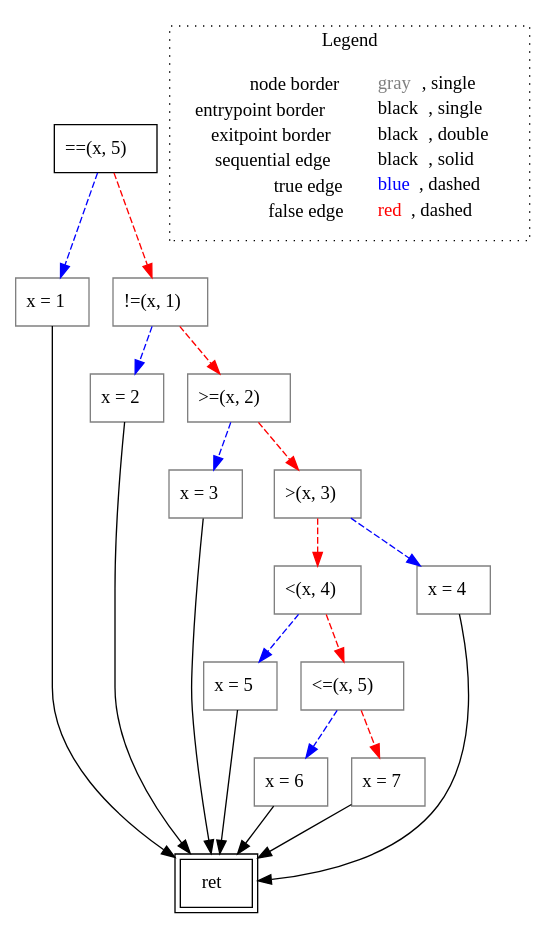
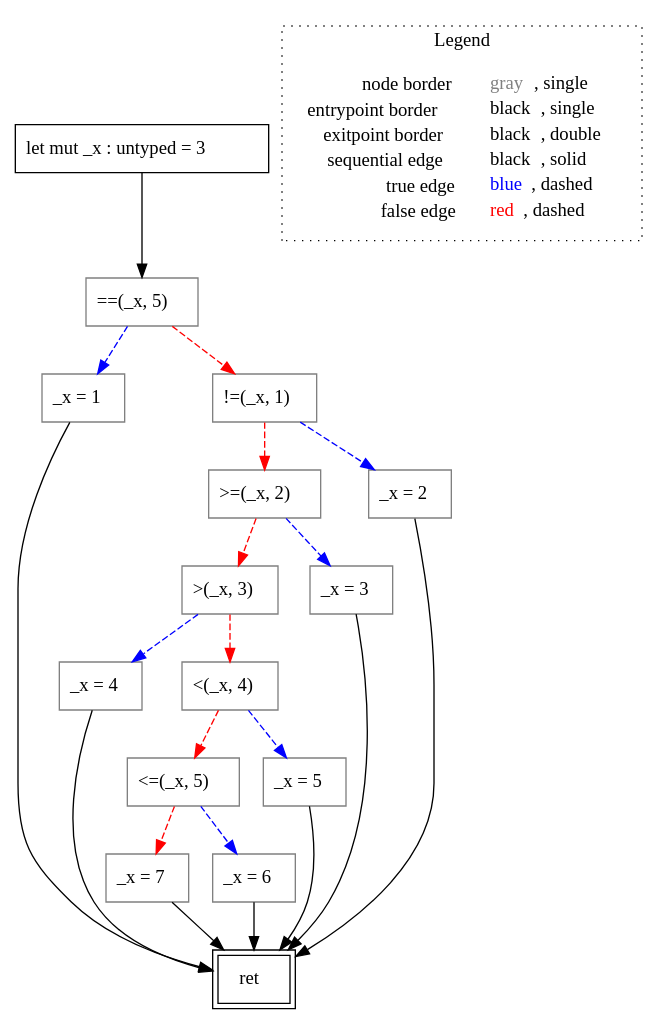
The diagram in rust-lisa/rust-testcases/cfg/multiple-if/()_rust-testcases_cfg_multiple-if_multiple-if.rs.main().dot (VincenzoArceri/rust-lisa), drawn with Graphviz before and after one commit. The commit also changed 26 other files, not shown here.

```diff
--- a/rust-lisa/rust-testcases/cfg/multiple-if/()_rust-testcases_cfg_multiple-if_multiple-if.rs.main().dot
+++ b/rust-lisa/rust-testcases/cfg/multiple-if/()_rust-testcases_cfg_multiple-if_multiple-if.rs.main().dot
@@ -1,42 +1,44 @@
 digraph {
-	"node0" [shape="rect",color="black",label=<==(x, 5)>];
-	"node1" [shape="rect",color="gray",label=<x = 2>];
-	"node2" [shape="rect",color="gray",label=<x = 5>];
-	"node3" [shape="rect",color="gray",label=<x = 3>];
-	"node4" [shape="rect",color="black",peripheries="2",label=<ret>];
-	"node5" [shape="rect",color="gray",label=<&gt;(x, 3)>];
-	"node6" [shape="rect",color="gray",label=<&lt;(x, 4)>];
-	"node7" [shape="rect",color="gray",label=<&lt;=(x, 5)>];
-	"node8" [shape="rect",color="gray",label=<x = 4>];
-	"node9" [shape="rect",color="gray",label=<x = 1>];
-	"node10" [shape="rect",color="gray",label=<&gt;=(x, 2)>];
-	"node11" [shape="rect",color="gray",label=<x = 6>];
-	"node12" [shape="rect",color="gray",label=<!=(x, 1)>];
-	"node13" [shape="rect",color="gray",label=<x = 7>];
-	"node1" -> "node4" [color="black"];
-	"node2" -> "node4" [color="black"];
-	"node0" -> "node9" [color="blue",style="dashed"];
-	"node0" -> "node12" [color="red",style="dashed"];
-	"node3" -> "node4" [color="black"];
-	"node5" -> "node8" [color="blue",style="dashed"];
-	"node5" -> "node6" [color="red",style="dashed"];
-	"node6" -> "node2" [color="blue",style="dashed"];
-	"node6" -> "node7" [color="red",style="dashed"];
-	"node7" -> "node11" [color="blue",style="dashed"];
-	"node7" -> "node13" [color="red",style="dashed"];
-	"node8" -> "node4" [color="black"];
-	"node9" -> "node4" [color="black"];
-	"node10" -> "node3" [color="blue",style="dashed"];
-	"node10" -> "node5" [color="red",style="dashed"];
-	"node11" -> "node4" [color="black"];
-	"node12" -> "node1" [color="blue",style="dashed"];
+	"node0" [shape="rect",color="black",label=<let mut _x : untyped = 3>];
+	"node1" [shape="rect",color="gray",label=<_x = 1>];
+	"node2" [shape="rect",color="gray",label=<&gt;=(_x, 2)>];
+	"node3" [shape="rect",color="gray",label=<_x = 4>];
+	"node4" [shape="rect",color="gray",label=<&gt;(_x, 3)>];
+	"node5" [shape="rect",color="black",peripheries="2",label=<ret>];
+	"node6" [shape="rect",color="gray",label=<_x = 2>];
+	"node7" [shape="rect",color="gray",label=<==(_x, 5)>];
+	"node8" [shape="rect",color="gray",label=<!=(_x, 1)>];
+	"node9" [shape="rect",color="gray",label=<_x = 3>];
+	"node10" [shape="rect",color="gray",label=<_x = 7>];
+	"node11" [shape="rect",color="gray",label=<_x = 6>];
+	"node12" [shape="rect",color="gray",label=<&lt;=(_x, 5)>];
+	"node13" [shape="rect",color="gray",label=<&lt;(_x, 4)>];
+	"node14" [shape="rect",color="gray",label=<_x = 5>];
+	"node1" -> "node5" [color="black"];
+	"node2" -> "node9" [color="blue",style="dashed"];
+	"node2" -> "node4" [color="red",style="dashed"];
+	"node3" -> "node5" [color="black"];
+	"node4" -> "node3" [color="blue",style="dashed"];
+	"node4" -> "node13" [color="red",style="dashed"];
+	"node6" -> "node5" [color="black"];
+	"node7" -> "node8" [color="red",style="dashed"];
+	"node7" -> "node1" [color="blue",style="dashed"];
+	"node8" -> "node2" [color="red",style="dashed"];
+	"node8" -> "node6" [color="blue",style="dashed"];
+	"node9" -> "node5" [color="black"];
+	"node10" -> "node5" [color="black"];
+	"node11" -> "node5" [color="black"];
 	"node12" -> "node10" [color="red",style="dashed"];
-	"node13" -> "node4" [color="black"];
+	"node12" -> "node11" [color="blue",style="dashed"];
+	"node0" -> "node7" [color="black"];
+	"node13" -> "node12" [color="red",style="dashed"];
+	"node13" -> "node14" [color="blue",style="dashed"];
+	"node14" -> "node5" [color="black"];
 subgraph cluster_legend {
 	label="Legend";
 	style=dotted;
 	node [shape=plaintext];
 	"legend" [label=<<table border="0" cellpadding="2" cellspacing="0" cellborder="0"><tr><td align="right">node border&nbsp;</td><td align="left"><font color="gray">gray</font>, single</td></tr><tr><td align="right">entrypoint border&nbsp;</td><td align="left"><font color="black">black</font>, single</td></tr><tr><td align="right">exitpoint border&nbsp;</td><td align="left"><font color="black">black</font>, double</td></tr><tr><td align="right">sequential edge&nbsp;</td><td align="left"><font color="black">black</font>, solid</td></tr><tr><td align="right">true edge&nbsp;</td><td align="left"><font color="blue">blue</font>, dashed</td></tr><tr><td align="right">false edge&nbsp;</td><td align="left"><font color="red">red</font>, dashed</td></tr></table>>];
 }
 
 }
```
